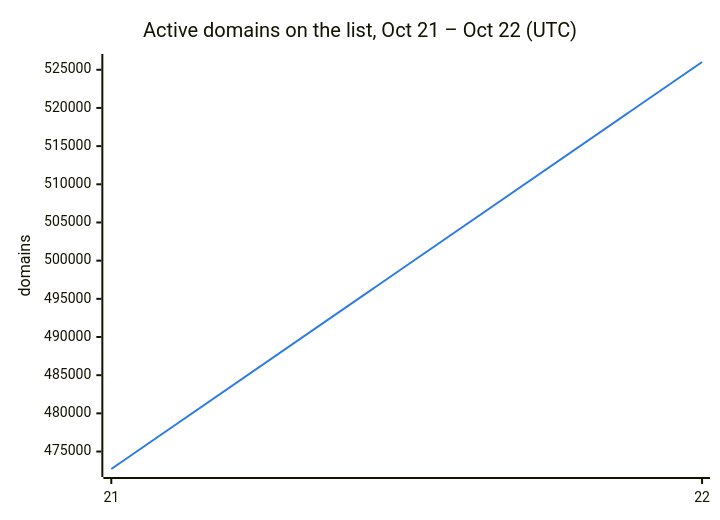
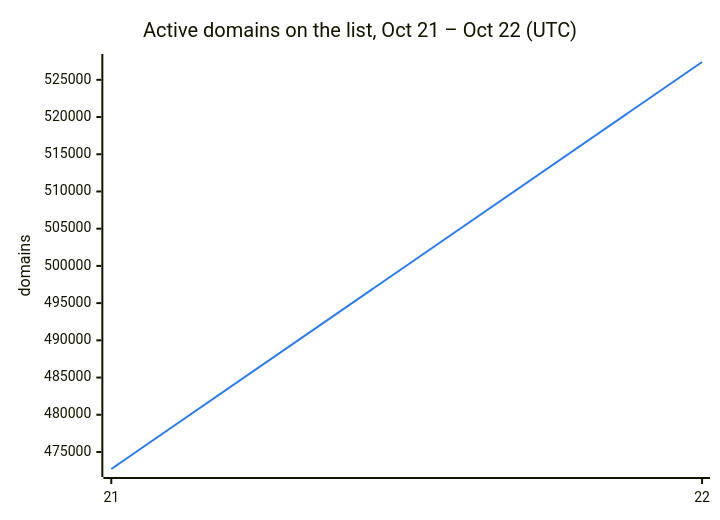
The second of 3 diagrams in README.md (DNSBunker/CTI), drawn with Mermaid before and after one commit. The commit also changed other lines of this file and 3 other files, not shown here.

````diff
--- a/README.md
+++ b/README.md
@@ -38,8 +38,8 @@
 ```mermaid
 %%{init: {"themeVariables": {"xyChart": {"plotColorPalette": "#2c7be5"}}}}%%
 xychart-beta
     title "Active domains on the list, Oct 21 – Oct 22 (UTC)"
     x-axis ["21", "22"]
     y-axis "domains"
-    line [472713, 526018]
+    line [472713, 527396]
 ```
````
